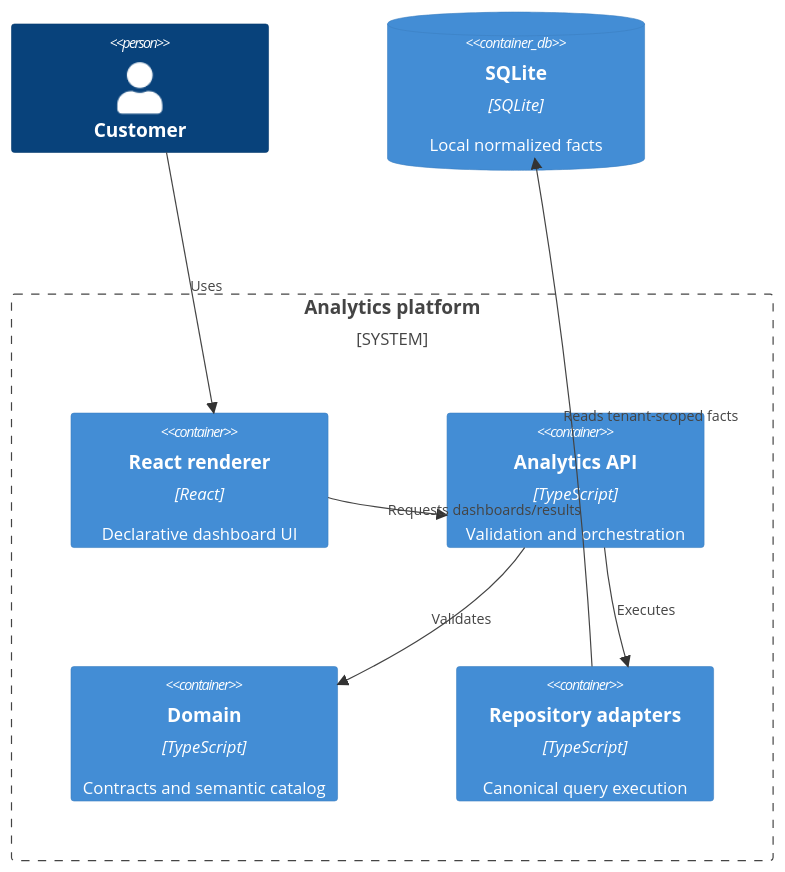
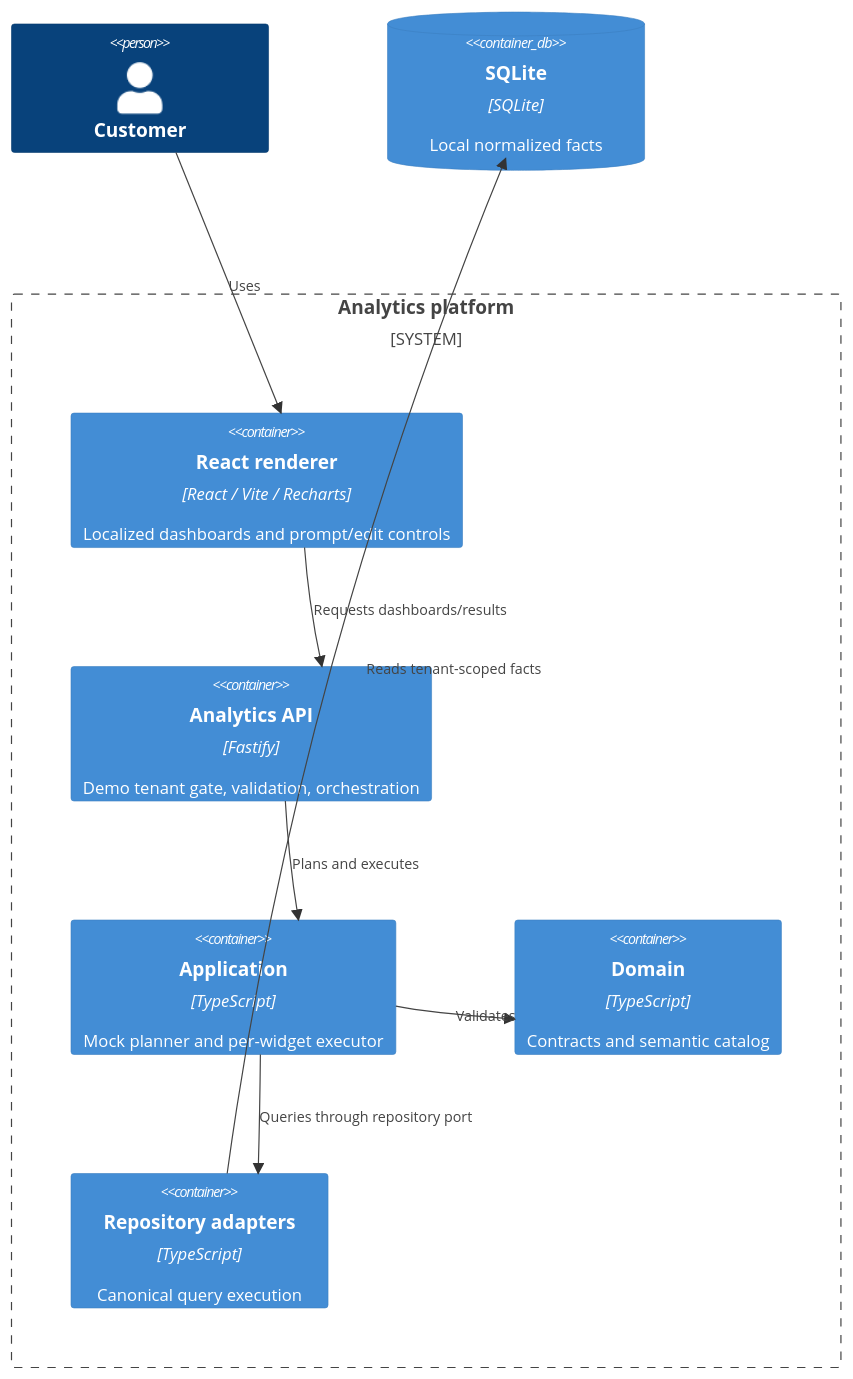
One commit to hazemyoussif/el-dabboos-analytics changed the second of 6 diagrams in docs/architecture/diagrams.md. Above: the diagram before and after it, drawn with Mermaid. The commit also changed other lines of this file and 9 other files, not shown here.

````diff
--- a/docs/architecture/diagrams.md
+++ b/docs/architecture/diagrams.md
@@ -18,16 +18,18 @@
 ```mermaid
 C4Container
   Person(customer, "Customer")
   System_Boundary(platform, "Analytics platform") {
-    Container(ui, "React renderer", "React", "Declarative dashboard UI")
-    Container(api, "Analytics API", "TypeScript", "Validation and orchestration")
+    Container(ui, "React renderer", "React / Vite / Recharts", "Localized dashboards and prompt/edit controls")
+    Container(api, "Analytics API", "Fastify", "Demo tenant gate, validation, orchestration")
+    Container(application, "Application", "TypeScript", "Mock planner and per-widget executor")
     Container(domain, "Domain", "TypeScript", "Contracts and semantic catalog")
     Container(data, "Repository adapters", "TypeScript", "Canonical query execution")
   }
   ContainerDb(sqlite, "SQLite", "SQLite", "Local normalized facts")
   Rel(customer, ui, "Uses")
   Rel(ui, api, "Requests dashboards/results")
-  Rel(api, domain, "Validates")
-  Rel(api, data, "Executes")
+  Rel(api, application, "Plans and executes")
+  Rel(application, domain, "Validates")
+  Rel(application, data, "Queries through repository port")
   Rel(data, sqlite, "Reads tenant-scoped facts")
 ```
````
